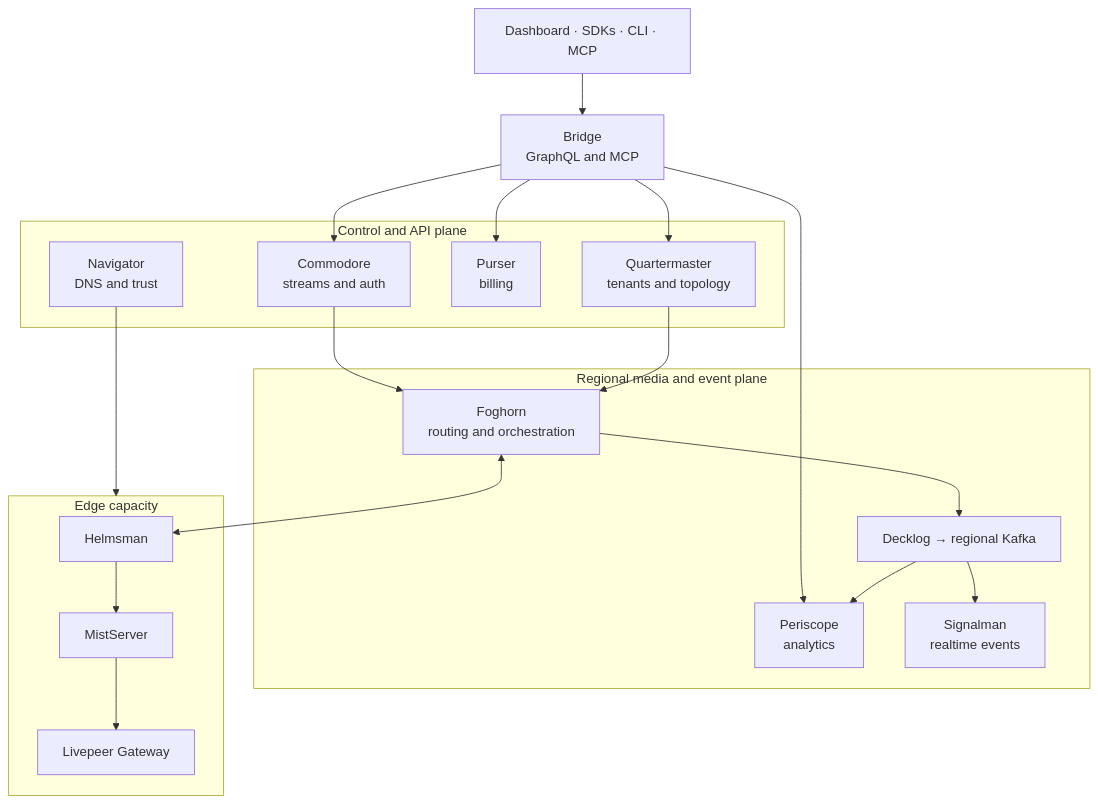
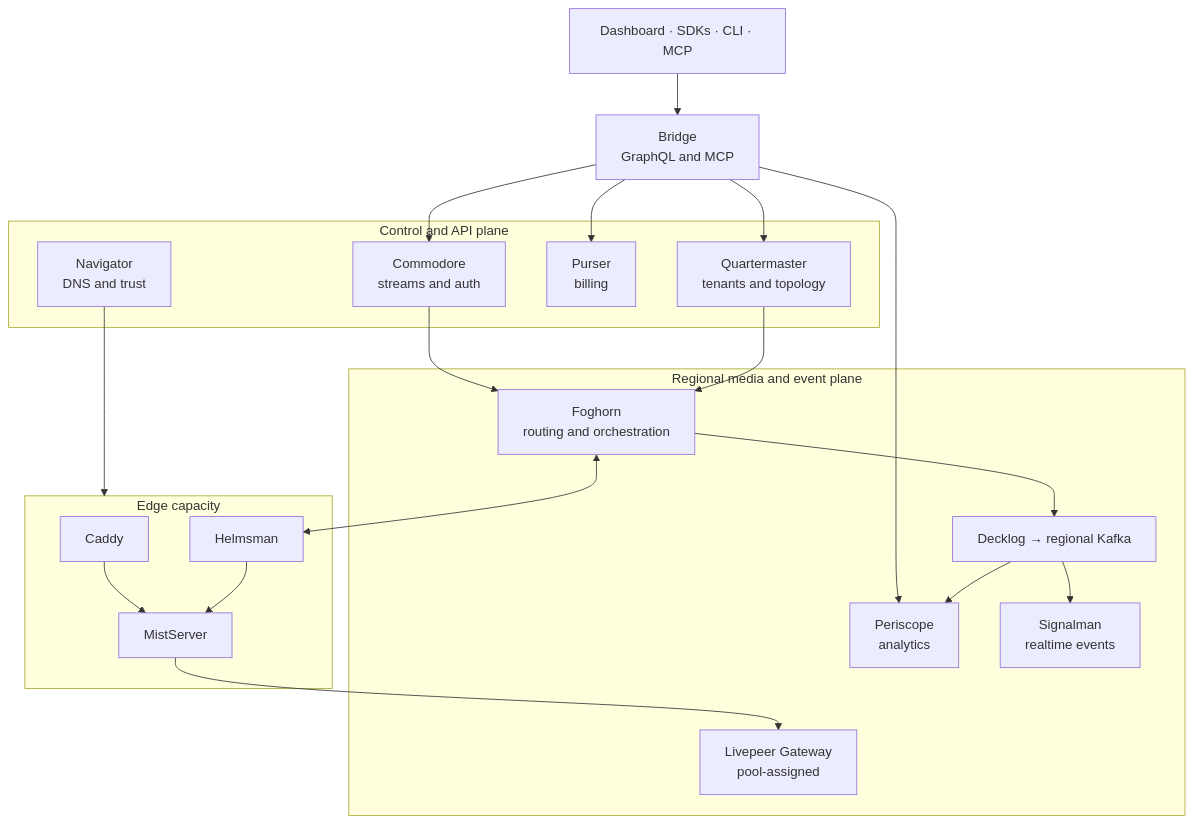
Before and after one commit to Livepeer-FrameWorks/monorepo: the first of 6 diagrams in website_docs/src/content/docs/operators/architecture.mdx, drawn with Mermaid. The commit also changed other lines of this file and 200 other files, not shown here.

````diff
--- a/website_docs/src/content/docs/operators/architecture.mdx
+++ b/website_docs/src/content/docs/operators/architecture.mdx
@@ -33,38 +33,40 @@
 ```mermaid
 flowchart TB
     I[Dashboard · SDKs · CLI · MCP] --> B[Bridge<br/>GraphQL and MCP]
 
     subgraph C[Control and API plane]
         COM[Commodore<br/>streams and auth]
         QM[Quartermaster<br/>tenants and topology]
         PUR[Purser<br/>billing]
         NAV[Navigator<br/>DNS and trust]
     end
 
     subgraph R[Regional media and event plane]
         F[Foghorn<br/>routing and orchestration]
         D[Decklog → regional Kafka]
         P[Periscope<br/>analytics]
         S[Signalman<br/>realtime events]
+        LG[Livepeer Gateway<br/>pool-assigned]
     end
 
     subgraph E[Edge capacity]
+        CAD[Caddy]
         H[Helmsman]
         M[MistServer]
-        LG[Livepeer Gateway]
     end
 
     B --> COM
     B --> QM
     B --> PUR
     B --> P
     COM --> F
     QM --> F
     NAV --> E
     F <--> H
+    CAD --> M
     H --> M
     M --> LG
     F --> D
     D --> P
     D --> S
 ```
````
